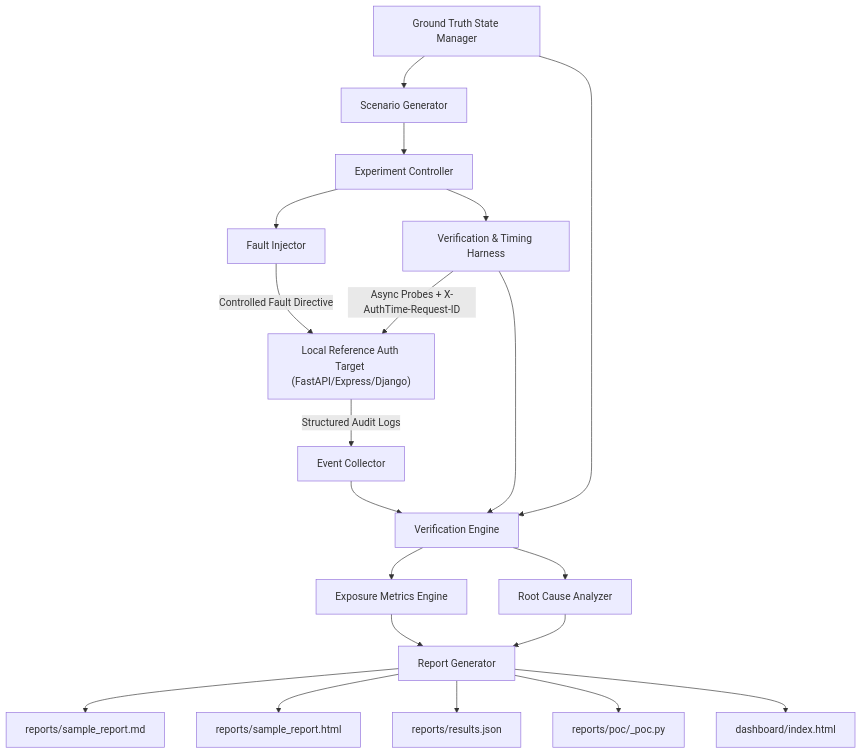
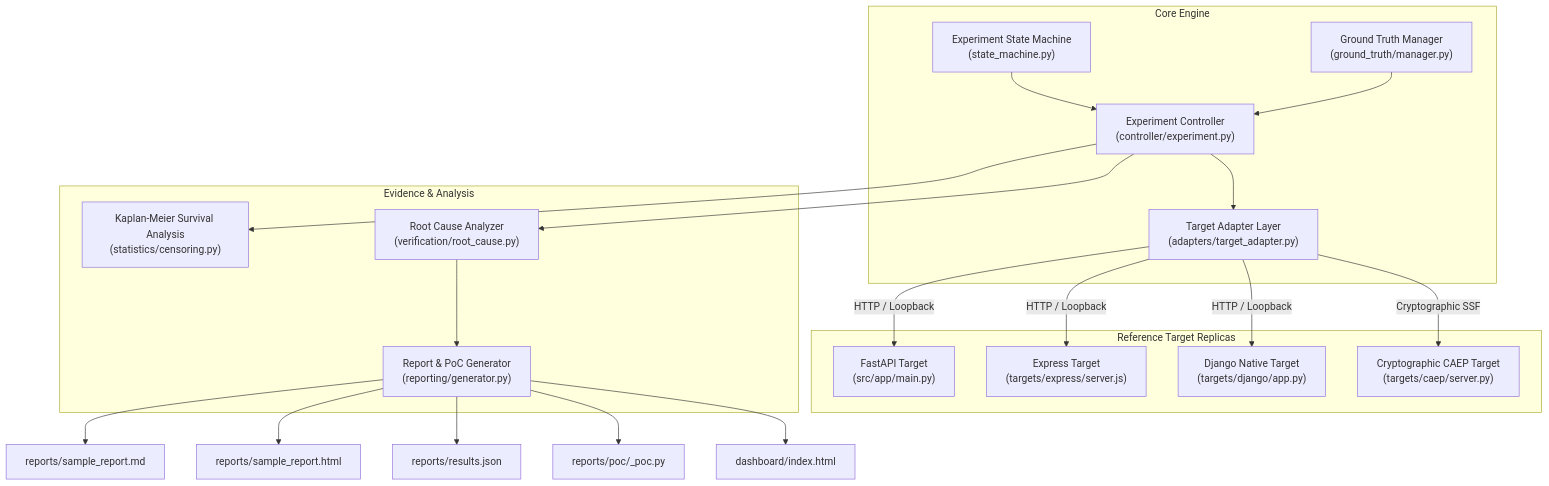
One commit to Saisandeep05/AuthTime changed the diagram in README.md. Above: the diagram before and after it, drawn with Mermaid. The commit also changed other lines of this file and 5 other files, not shown here.

````diff
--- a/README.md
+++ b/README.md
@@ -137,29 +66,40 @@
 ```mermaid
 flowchart TD
-    GT["Ground Truth State Manager"] --> SG["Scenario Generator"]
-    EC["Experiment Controller"] --> FI["Fault Injector"]
-    SG --> EC
-    
-    EC --> TH["Verification & Timing Harness"]
-    
-    FI -->|Controlled Fault Directive| REF["Local Reference Auth Target (FastAPI/Express/Django)"]
-    TH -->|Async Probes + X-AuthTime-Request-ID| REF
-    
-    REF -->|Structured Audit Logs| ECOL["Event Collector"]
-    
-    TH --> VE["Verification Engine"]
-    ECOL --> VE
-    GT --> VE
-    
-    VE --> EM["Exposure Metrics Engine"]
-    VE --> RCA["Root Cause Analyzer"]
-    
-    EM --> RG["Report Generator"]
+    subgraph Core Engine
+        CSM["Experiment State Machine\n(state_machine.py)"]
+        GTM["Ground Truth Manager\n(ground_truth/manager.py)"]
+        EC["Experiment Controller\n(controller/experiment.py)"]
+        TA["Target Adapter Layer\n(adapters/target_adapter.py)"]
+    end
+
+    subgraph Reference Target Replicas
+        FAP["FastAPI Target\n(src/app/main.py)"]
+        EXP["Express Target\n(targets/express/server.js)"]
+        DJG["Django Native Target\n(targets/django/app.py)"]
+        CAEP["Cryptographic CAEP Target\n(targets/caep/server.py)"]
+    end
+
+    subgraph Evidence & Analysis
+        KM["Kaplan-Meier Survival Analysis\n(statistics/censoring.py)"]
+        RCA["Root Cause Analyzer\n(verification/root_cause.py)"]
+        RG["Report & PoC Generator\n(reporting/generator.py)"]
+    end
+
+    CSM --> EC
+    GTM --> EC
+    EC --> TA
+    TA -->|HTTP / Loopback| FAP
+    TA -->|HTTP / Loopback| EXP
+    TA -->|HTTP / Loopback| DJG
+    TA -->|Cryptographic SSF| CAEP
+
+    EC --> KM
+    EC --> RCA
     RCA --> RG
-    
+
     RG --> MD["reports/sample_report.md"]
     RG --> HTML["reports/sample_report.html"]
     RG --> JSON["reports/results.json"]
-    RG --> POC["reports/poc/<experiment_id>_poc.py"]
+    RG --> POC["reports/poc/<exp>_poc.py"]
     RG --> DASH["dashboard/index.html"]
 ```
````
